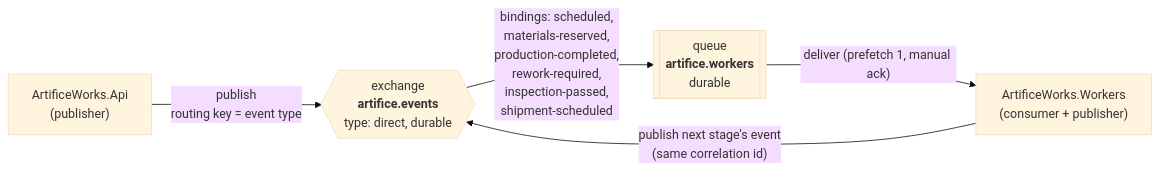
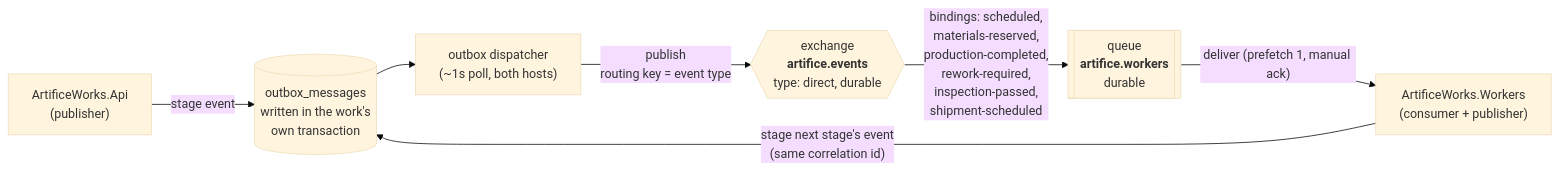
Before and after one commit to hmcenhill/ArtificeWorks: the first of 4 diagrams in docs/messaging-topology.md, drawn with Mermaid (base theme). The commit also changed other lines of this file and 61 other files, not shown here.

````diff
--- a/docs/messaging-topology.md
+++ b/docs/messaging-topology.md
@@ -11,12 +11,16 @@
 ```mermaid
 flowchart LR
     api["ArtificeWorks.Api<br/>(publisher)"]
+    ob[("outbox_messages<br/>written in the work's<br/>own transaction")]
+    disp["outbox dispatcher<br/>(~1s poll, both hosts)"]
     ex{{"exchange<br/><b>artifice.events</b><br/>type: direct, durable"}}
     q[["queue<br/><b>artifice.workers</b><br/>durable"]]
     worker["ArtificeWorks.Workers<br/>(consumer + publisher)"]
 
-    api -- "publish<br/>routing key = event type" --> ex
+    api -- "stage event" --> ob
+    ob --> disp
+    disp -- "publish<br/>routing key = event type" --> ex
     ex -- "bindings: scheduled,<br/>materials-reserved,<br/>production-completed,<br/>rework-required,<br/>inspection-passed,<br/>shipment-scheduled" --> q
     q -- "deliver (prefetch 1, manual ack)" --> worker
-    worker -- "publish next stage's event<br/>(same correlation id)" --> ex
+    worker -- "stage next stage's event<br/>(same correlation id)" --> ob
 ```
````
